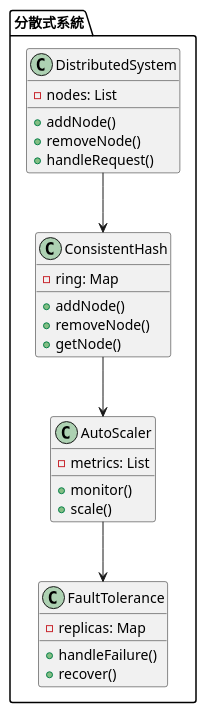
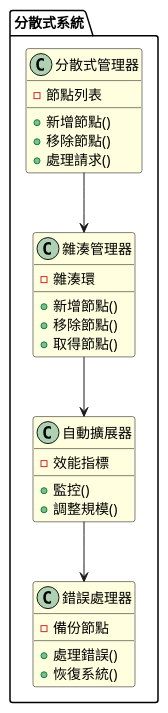
The third of 3 diagrams in doc/learning/architecture/horizontal_scaling_tutorial.md (fine5351/info-sync), drawn with PlantUML before and after one commit. The commit also changed other lines of this file and 35 other files, not shown here.

````diff
--- a/doc/learning/architecture/horizontal_scaling_tutorial.md
+++ b/doc/learning/architecture/horizontal_scaling_tutorial.md
@@ -363,35 +232,39 @@
 ```plantuml
 @startuml
+skinparam backgroundColor white
+skinparam classBackgroundColor lightyellow
+skinparam classBorderColor black
+
 package "分散式系統" {
-    class DistributedSystem {
-        - nodes: List
-        + addNode()
-        + removeNode()
-        + handleRequest()
+    class "分散式管理器" as DistributedManager {
+        - 節點列表
+        + 新增節點()
+        + 移除節點()
+        + 處理請求()
     }
     
-    class ConsistentHash {
-        - ring: Map
-        + addNode()
-        + removeNode()
-        + getNode()
+    class "雜湊管理器" as HashManager {
+        - 雜湊環
+        + 新增節點()
+        + 移除節點()
+        + 取得節點()
     }
     
-    class AutoScaler {
-        - metrics: List
-        + monitor()
-        + scale()
+    class "自動擴展器" as AutoScaler {
+        - 效能指標
+        + 監控()
+        + 調整規模()
     }
     
-    class FaultTolerance {
-        - replicas: Map
-        + handleFailure()
-        + recover()
+    class "錯誤處理器" as ErrorHandler {
+        - 備份節點
+        + 處理錯誤()
+        + 恢復系統()
     }
 }
 
-DistributedSystem --> ConsistentHash
-ConsistentHash --> AutoScaler
-AutoScaler --> FaultTolerance
+DistributedManager --> HashManager
+HashManager --> AutoScaler
+AutoScaler --> ErrorHandler
 @enduml
 ```
````
